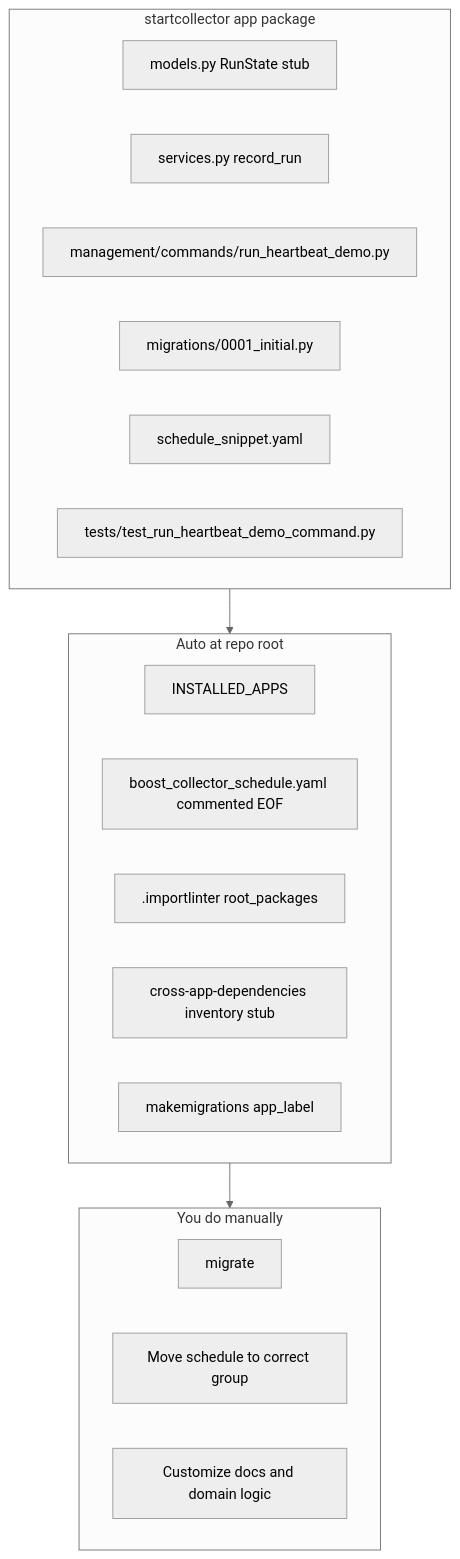
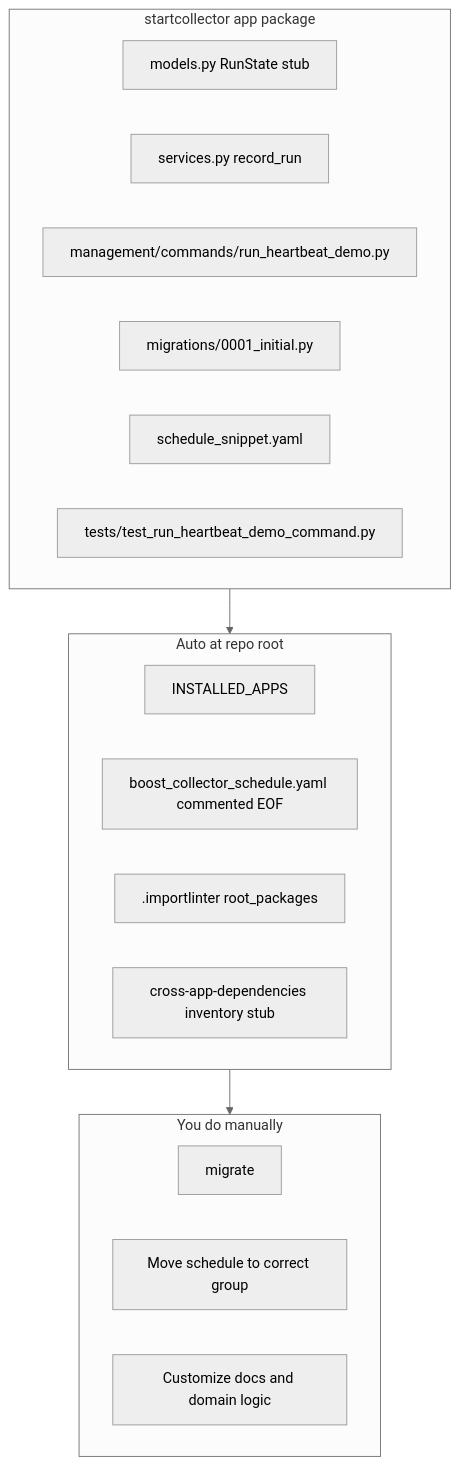
Before and after one commit to snowfox1003/boost-data-collector-django: the first of 3 diagrams in docs/Tutorial_building_a_collector.md, drawn with Mermaid (neutral theme). The commit also changed other lines of this file and 5 other files, not shown here.

````diff
--- a/docs/Tutorial_building_a_collector.md
+++ b/docs/Tutorial_building_a_collector.md
@@ -70,24 +70,23 @@
 ```mermaid
 flowchart TB
   subgraph scaffold [startcollector app package]
     models[models.py RunState stub]
     services[services.py record_run]
     runCmd["management/commands/run_heartbeat_demo.py"]
     mig[migrations/0001_initial.py]
     snippet[schedule_snippet.yaml]
     test[tests/test_run_heartbeat_demo_command.py]
   end
   subgraph register [Auto at repo root]
     installed[INSTALLED_APPS]
     yaml[boost_collector_schedule.yaml commented EOF]
     importlinter[.importlinter root_packages]
     crossapp[cross-app-dependencies inventory stub]
-    makemigrations[makemigrations app_label]
   end
   subgraph manual [You do manually]
     migrate[migrate]
     scheduleMove[Move schedule to correct group]
     customize[Customize docs and domain logic]
   end
   scaffold --> register --> manual
 ```
````
